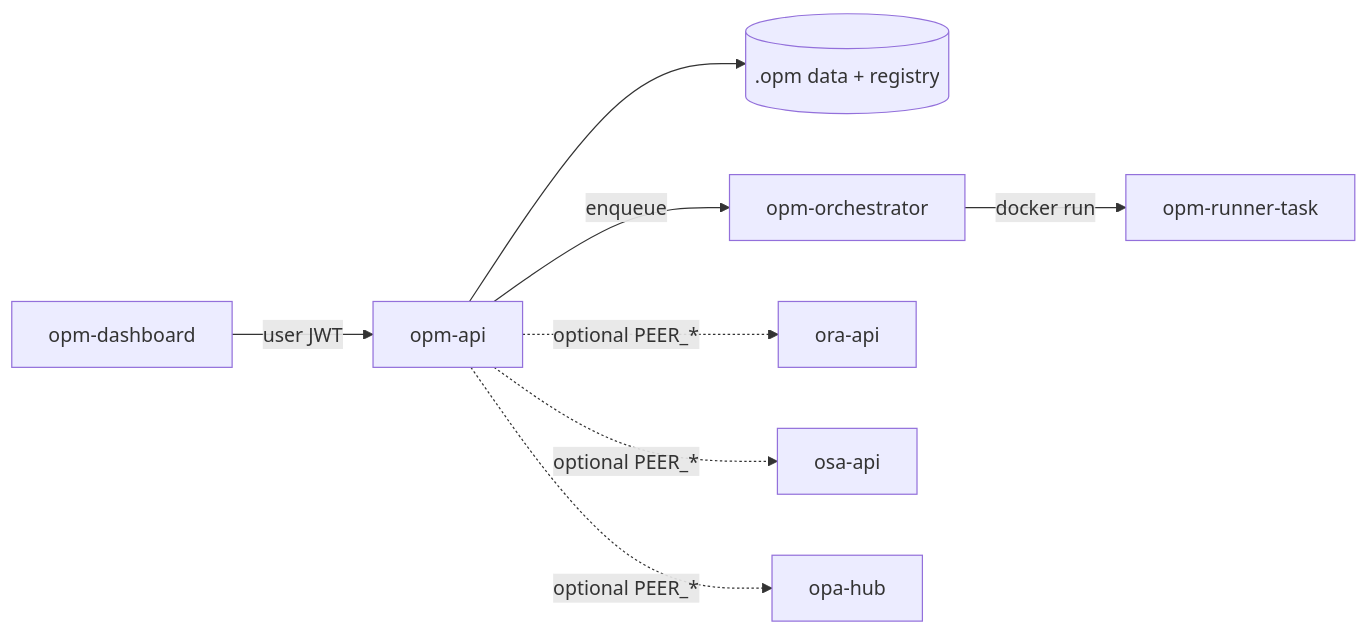
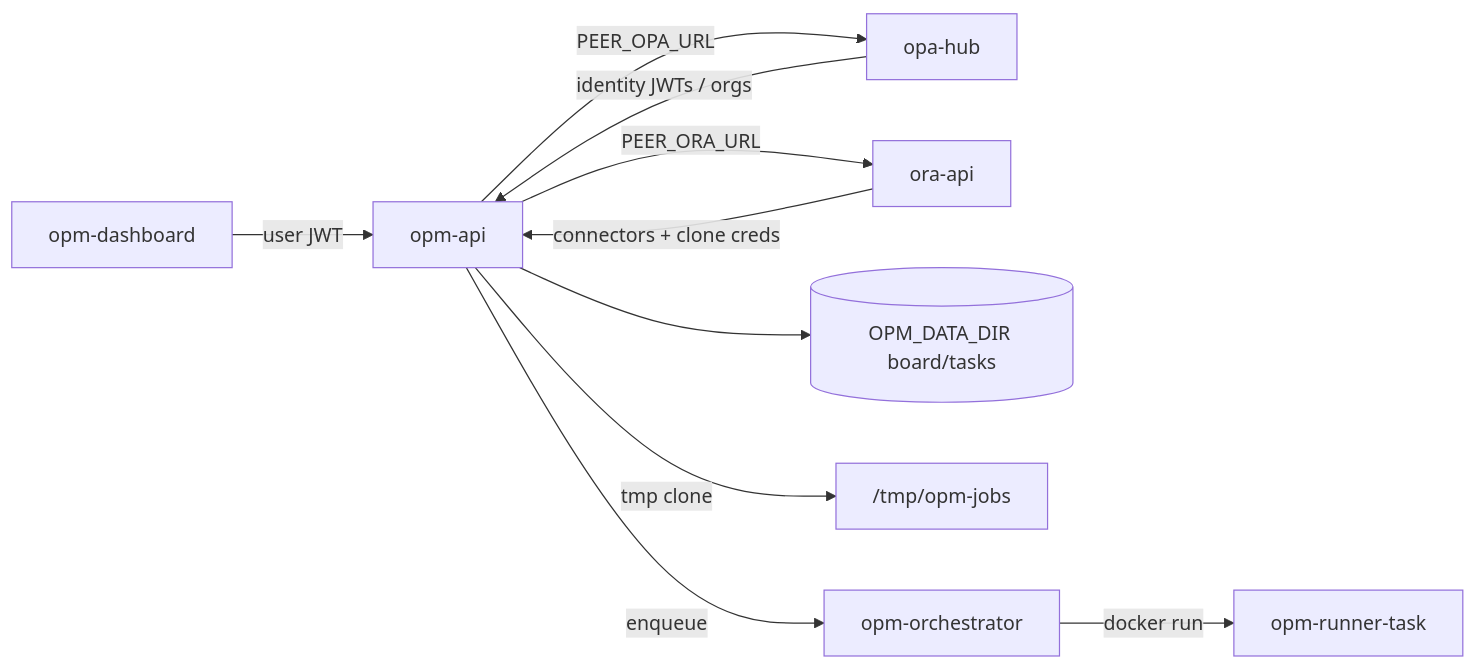
One commit to TheGrimmChester/OPM-API changed the diagram in docs/architecture.md. Above: the diagram before and after it, drawn with Mermaid. The commit also changed other lines of this file and 16 other files, not shown here.

First line of the commit message:
Feature: GitHub-only projects via Hub and ORA peers.

````diff
--- a/docs/architecture.md
+++ b/docs/architecture.md
@@ -12,10 +12,12 @@
 ```mermaid
 flowchart LR
   UI[opm-dashboard] -->|user JWT| API[opm-api]
-  API --> FS[(.opm data + registry)]
+  API -->|PEER_OPA_URL| HUB[opa-hub]
+  API -->|PEER_ORA_URL| ORA[ora-api]
+  HUB -->|identity JWTs / orgs| API
+  ORA -->|connectors + clone creds| API
+  API --> FS[(OPM_DATA_DIR board/tasks)]
+  API -->|tmp clone| TMP["/tmp/opm-jobs"]
   API -->|enqueue| ORCH[opm-orchestrator]
   ORCH -->|docker run| RUN[opm-runner-task]
-  API -.->|optional PEER_*| ORA[ora-api]
-  API -.->|optional PEER_*| OSA[osa-api]
-  API -.->|optional PEER_*| OPA[opa-hub]
 ```
````
